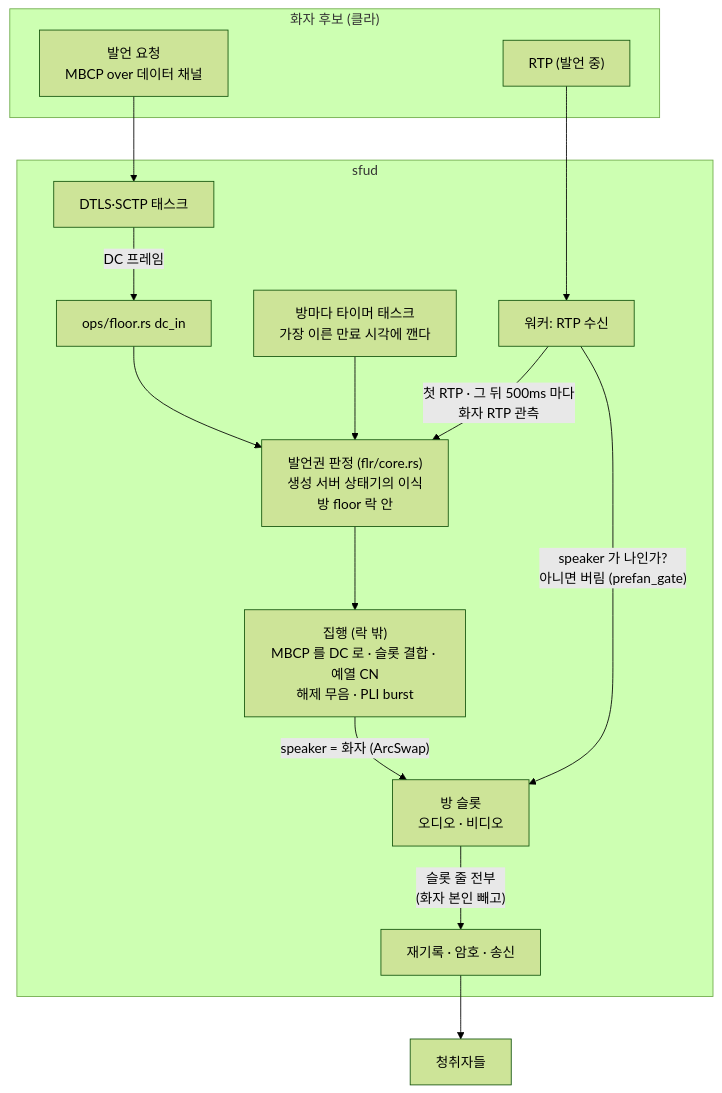
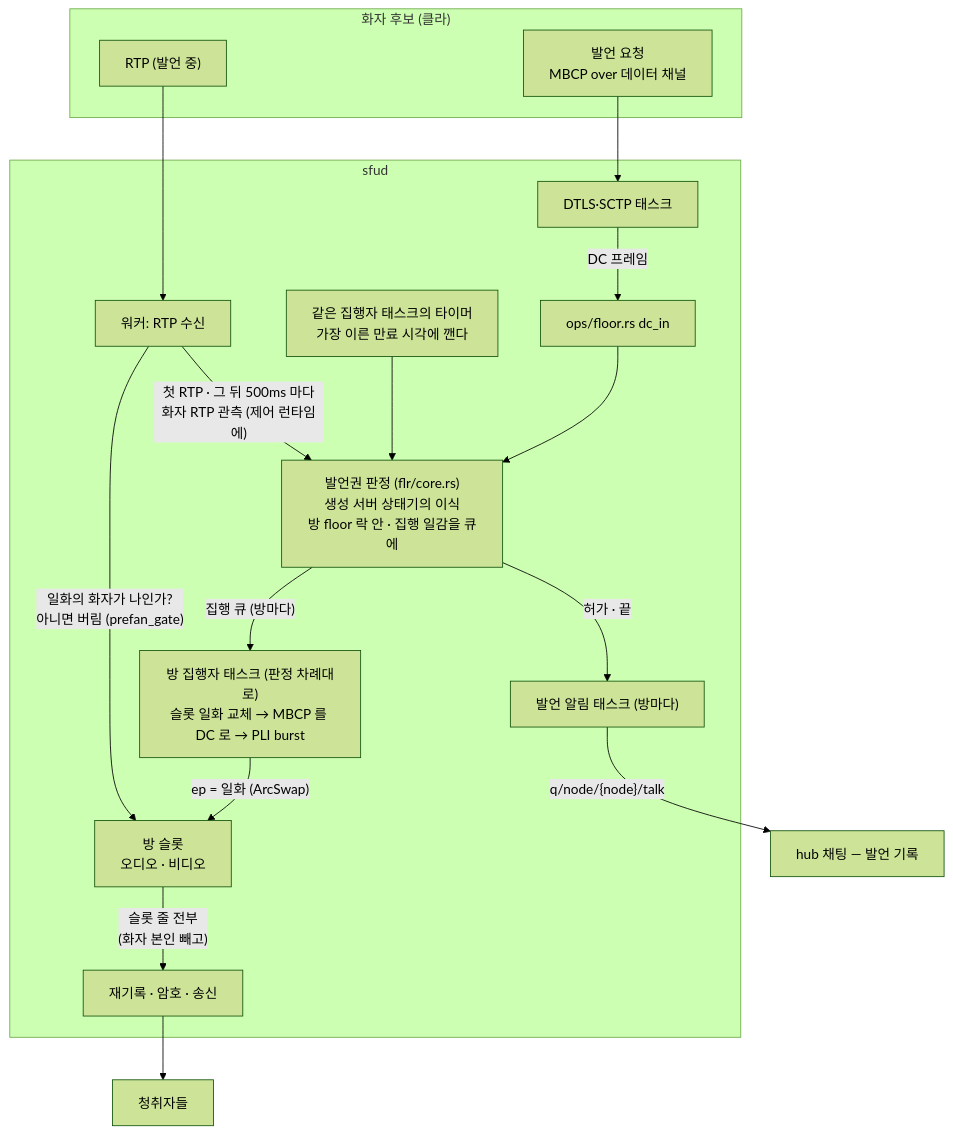
The eighth of 11 diagrams in docs/architecture.md (kodeholic9/oxlens-sfu), drawn with Mermaid (forest theme) before and after one commit. The commit also changed other lines of this file and 37 other files, not shown here.

````diff
--- a/docs/architecture.md
+++ b/docs/architecture.md
@@ -375,20 +436,22 @@
 ```mermaid
 flowchart TB
     subgraph C1["화자 후보 (클라)"]
         REQ["발언 요청<br/>MBCP over 데이터 채널"]
         RTPIN["RTP (발언 중)"]
     end
     subgraph SFUD["sfud"]
         DTT["DTLS·SCTP 태스크"] -->|"DC 프레임"| ONDC["ops/floor.rs dc_in"]
-        ONDC --> JUDGE["발언권 판정 (flr/core.rs)<br/>생성 서버 상태기의 이식<br/>방 floor 락 안"]
-        JUDGE --> EXEC["집행 (락 밖)<br/>MBCP 를 DC 로 · 슬롯 결합 · 예열 CN<br/>해제 무음 · PLI burst"]
-        EXEC -->|"speaker = 화자 (ArcSwap)"| SLOT["방 슬롯<br/>오디오 · 비디오"]
-        DRV["방마다 타이머 태스크<br/>가장 이른 만료 시각에 깬다"] --> JUDGE
-        WRK["워커: RTP 수신"] -->|"speaker 가 나인가?<br/>아니면 버림 (prefan_gate)"| SLOT
-        WRK -->|"첫 RTP · 그 뒤 500ms 마다<br/>화자 RTP 관측"| JUDGE
+        ONDC --> JUDGE["발언권 판정 (flr/core.rs)<br/>생성 서버 상태기의 이식<br/>방 floor 락 안 · 집행 일감을 큐에"]
+        JUDGE -->|"집행 큐 (방마다)"| EXEC["방 집행자 태스크 (판정 차례대로)<br/>슬롯 일화 교체 → MBCP 를 DC 로 → PLI burst"]
+        EXEC -->|"ep = 일화 (ArcSwap)"| SLOT["방 슬롯<br/>오디오 · 비디오"]
+        DRV["같은 집행자 태스크의 타이머<br/>가장 이른 만료 시각에 깬다"] --> JUDGE
+        WRK["워커: RTP 수신"] -->|"일화의 화자가 나인가?<br/>아니면 버림 (prefan_gate)"| SLOT
+        WRK -->|"첫 RTP · 그 뒤 500ms 마다<br/>화자 RTP 관측 (제어 런타임에)"| JUDGE
         SLOT -->|"슬롯 줄 전부<br/>(화자 본인 빼고)"| OUTP["재기록 · 암호 · 송신"]
+        JUDGE -->|"허가 · 끝"| TALK["발언 알림 태스크 (방마다)"]
     end
     REQ --> DTT
     RTPIN --> WRK
     OUTP --> LIS["청취자들"]
+    TALK -->|"q/node/{node}/talk"| HUBC["hub 채팅 — 발언 기록"]
 ```
````
